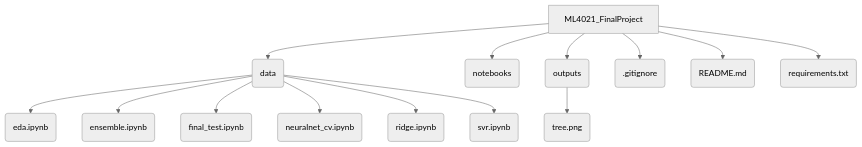
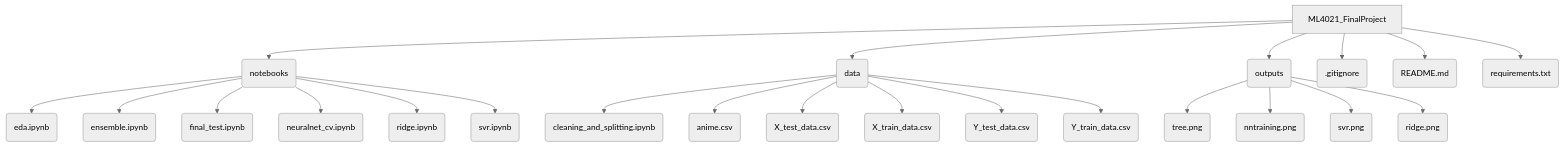
Before and after one commit to RyanErm/ML4021_FinalProject: the diagram in README.md, drawn with Mermaid (neutral theme). The commit also changed other lines of this file, not shown here.

Commit message:
Update README with complete file structure
Added additional files to the project structure in README.

````diff
--- a/README.md
+++ b/README.md
@@ -20,16 +20,25 @@
 ```mermaid
 graph TD
-    A[ML4021_FinalProject] --> B(data);
-    A --> C(notebooks);
+    A[ML4021_FinalProject] --> B(notebooks);
+    A --> C(data);
     B --> D(eda.ipynb);
     B --> E(ensemble.ipynb);
     B --> F(final_test.ipynb);
     B --> G(neuralnet_cv.ipynb);
     B --> H(ridge.ipynb);
     B --> I(svr.ipynb);
     A --> J(outputs);
     J --> K(tree.png)
     A --> L(.gitignore)
     A --> M(README.md)
     A --> N(requirements.txt)
+    J --> O(nntraining.png)
+    J --> P(svr.png)
+    J --> Q(ridge.png)
+    C --> R(cleaning_and_splitting.ipynb)
+    C --> S(anime.csv)
+    C --> T(X_test_data.csv)
+    C --> U(X_train_data.csv)
+    C --> V(Y_test_data.csv)
+    C --> W(Y_train_data.csv)
 ```
````
